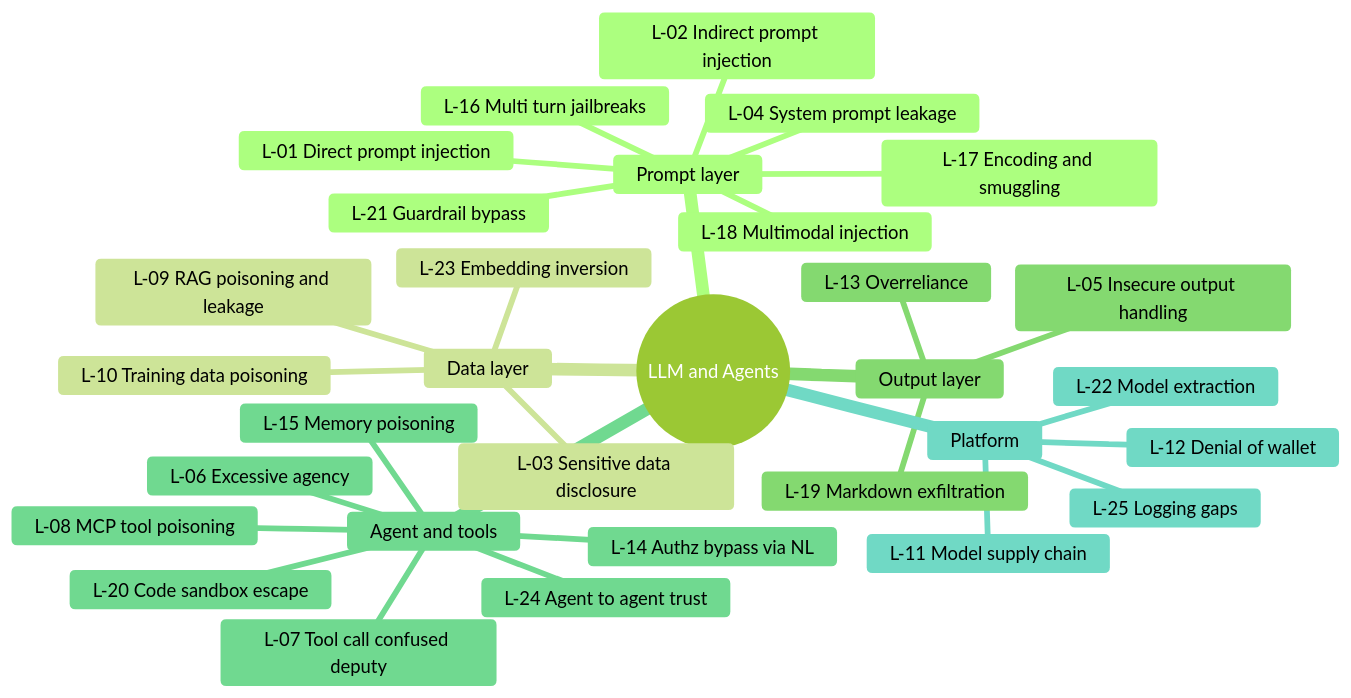
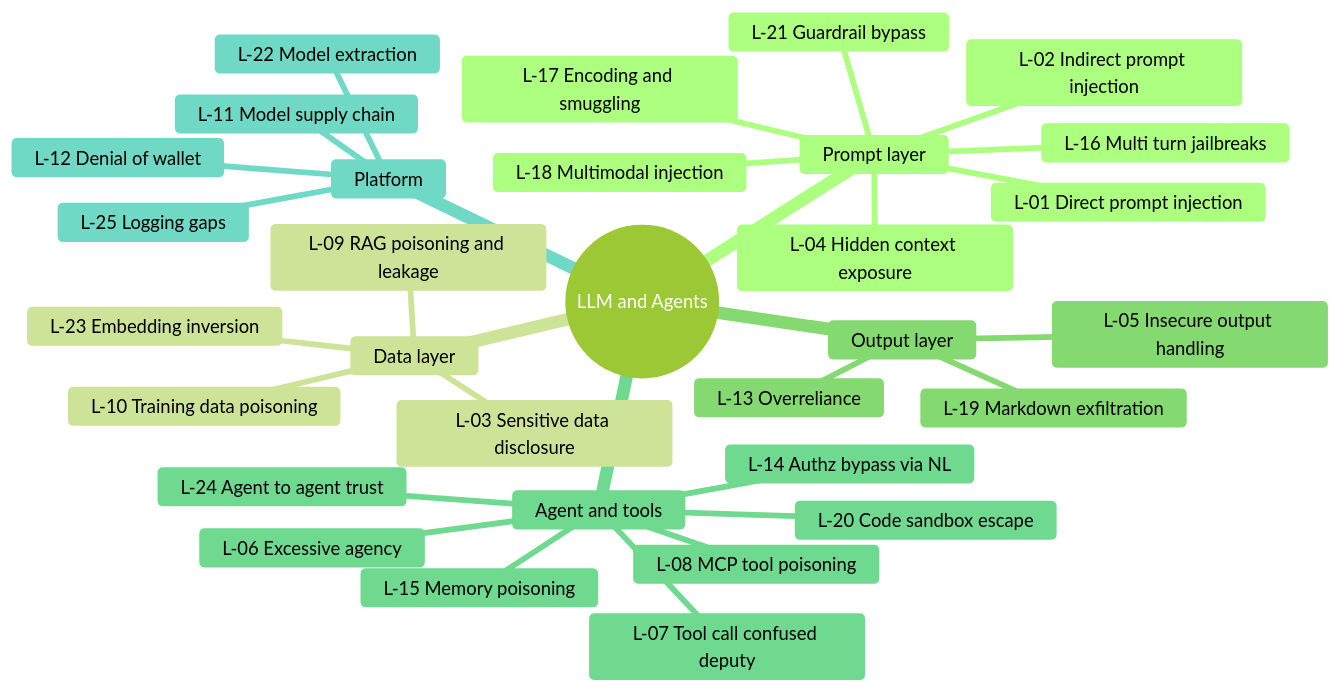
One commit to deepakguntoju/deepakguntoju.github.io changed the diagram in pentest-program/mindmaps/05-llm.md. Above: the diagram before and after it, drawn with Mermaid (forest theme). The commit also changed other lines of this file and 5 other files, not shown here.

````diff
--- a/pentest-program/mindmaps/05-llm.md
+++ b/pentest-program/mindmaps/05-llm.md
@@ -6,34 +6,34 @@
 ```mermaid
 mindmap
   root((LLM and Agents))
     Prompt layer
       L-01 Direct prompt injection
       L-02 Indirect prompt injection
-      L-04 System prompt leakage
+      L-04 Hidden context exposure
       L-16 Multi turn jailbreaks
       L-17 Encoding and smuggling
       L-18 Multimodal injection
       L-21 Guardrail bypass
     Data layer
       L-03 Sensitive data disclosure
       L-09 RAG poisoning and leakage
       L-10 Training data poisoning
       L-23 Embedding inversion
     Output layer
       L-05 Insecure output handling
       L-19 Markdown exfiltration
       L-13 Overreliance
     Agent and tools
       L-06 Excessive agency
       L-07 Tool call confused deputy
       L-08 MCP tool poisoning
       L-14 Authz bypass via NL
       L-15 Memory poisoning
       L-20 Code sandbox escape
       L-24 Agent to agent trust
     Platform
       L-11 Model supply chain
       L-12 Denial of wallet
       L-22 Model extraction
       L-25 Logging gaps
 ```
````
